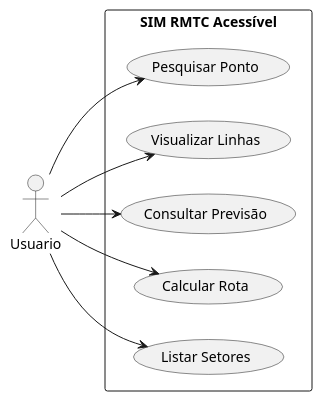
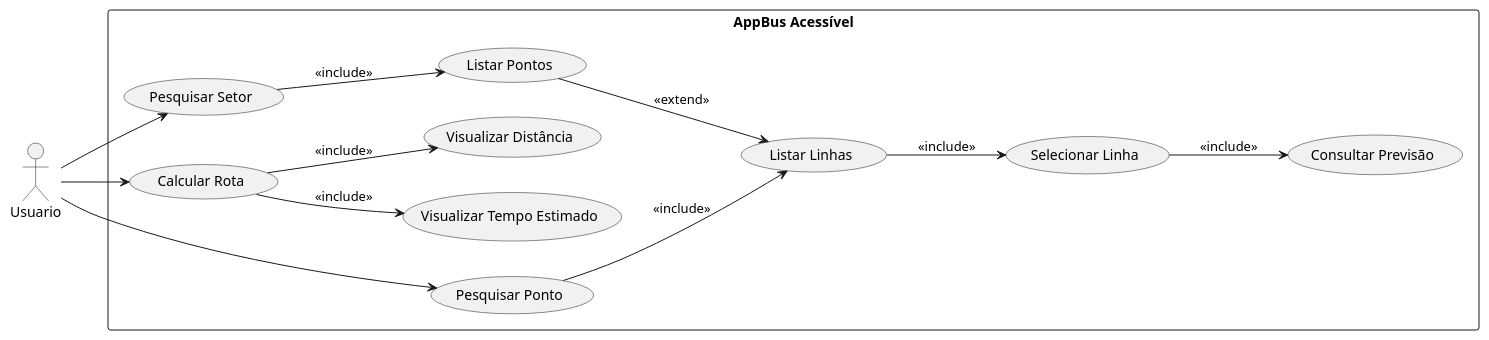
One commit to poo-ec-2026-1/g6 changed the third of 6 diagrams in AppBus Acessível - Protótipo do Projeto/Documentação/UML-&-Testes-AppBus-Acessível.md. Above: the diagram before and after it, drawn with PlantUML. The commit also changed other lines of this file, not shown here.

Commit message:
UML & Testes - Protótipo

````diff
--- a/AppBus Acessível - Protótipo do Projeto/Documentação/UML-&-Testes-AppBus-Acessível.md
+++ b/AppBus Acessível - Protótipo do Projeto/Documentação/UML-&-Testes-AppBus-Acessível.md
@@ -70,23 +146,39 @@
 ```plantuml
 @startuml
 
 left to right direction
 
 actor Usuario
 
-rectangle "SIM RMTC Acessível" {
+rectangle "AppBus Acessível" {
+
     usecase "Pesquisar Ponto" as UC1
-    usecase "Visualizar Linhas" as UC2
-    usecase "Consultar Previsão" as UC3
-    usecase "Calcular Rota" as UC4
-    usecase "Listar Setores" as UC5
+    usecase "Pesquisar Setor" as UC2
+    usecase "Listar Pontos" as UC3
+    usecase "Listar Linhas" as UC4
+    usecase "Selecionar Linha" as UC5
+    usecase "Consultar Previsão" as UC6
+    usecase "Calcular Rota" as UC7
+    usecase "Visualizar Distância" as UC8
+    usecase "Visualizar Tempo Estimado" as UC9
+
 }
 
 Usuario --> UC1
 Usuario --> UC2
-Usuario --> UC3
-Usuario --> UC4
-Usuario --> UC5
+Usuario --> UC7
+
+UC1 --> UC4 : <<include>>
+UC2 --> UC3 : <<include>>
+
+UC3 --> UC4 : <<extend>>
+
+UC4 --> UC5 : <<include>>
+
+UC5 --> UC6 : <<include>>
+
+UC7 --> UC8 : <<include>>
+UC7 --> UC9 : <<include>>
 
 @enduml
 ```
````
